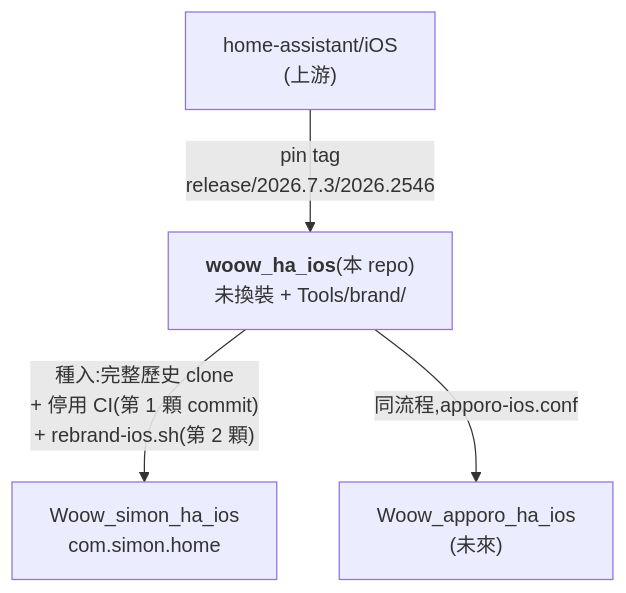
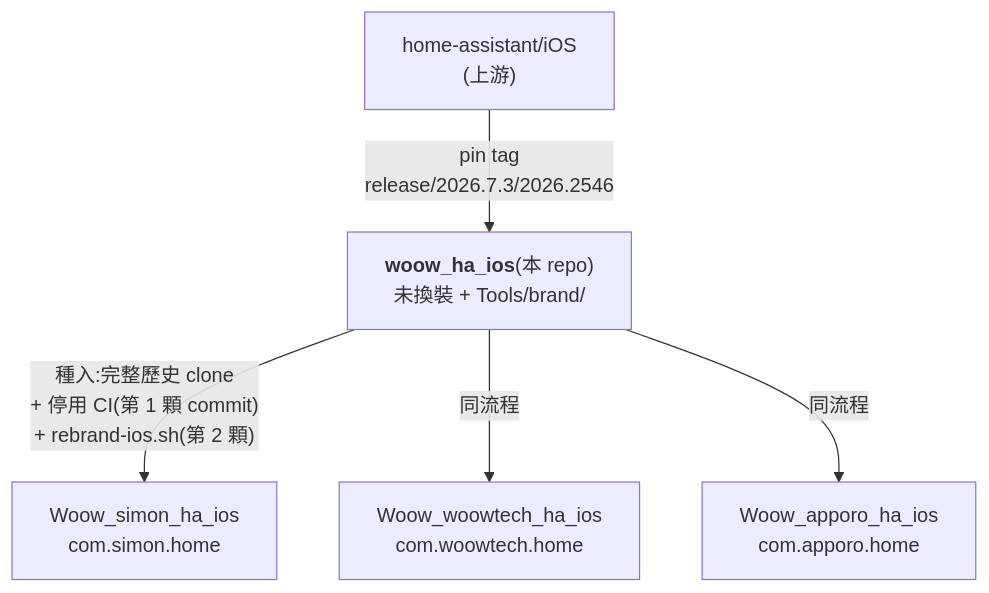
The first of 2 diagrams in README_zh-TW.md (WOOWTECH/woow_ha_ios), drawn with Mermaid before and after one commit. The commit also changed other lines of this file and 1 other file, not shown here.

````diff
--- a/README_zh-TW.md
+++ b/README_zh-TW.md
@@ -43,6 +46,7 @@
 ```mermaid
 flowchart TB
     UP["home-assistant/iOS<br/>(上游)"] -- "pin tag<br/>release/2026.7.3/2026.2546" --> BASE["<b>woow_ha_ios</b>(本 repo)<br/>未換裝 + Tools/brand/"]
     BASE -- "種入:完整歷史 clone<br/>+ 停用 CI(第 1 顆 commit)<br/>+ rebrand-ios.sh(第 2 顆)" --> SIMON["Woow_simon_ha_ios<br/>com.simon.home"]
-    BASE -- "同流程,apporo-ios.conf" --> APPORO["Woow_apporo_ha_ios<br/>(未來)"]
+    BASE -- "同流程" --> WT["Woow_woowtech_ha_ios<br/>com.woowtech.home"]
+    BASE -- "同流程" --> APPORO["Woow_apporo_ha_ios<br/>com.apporo.home"]
 ```
````
